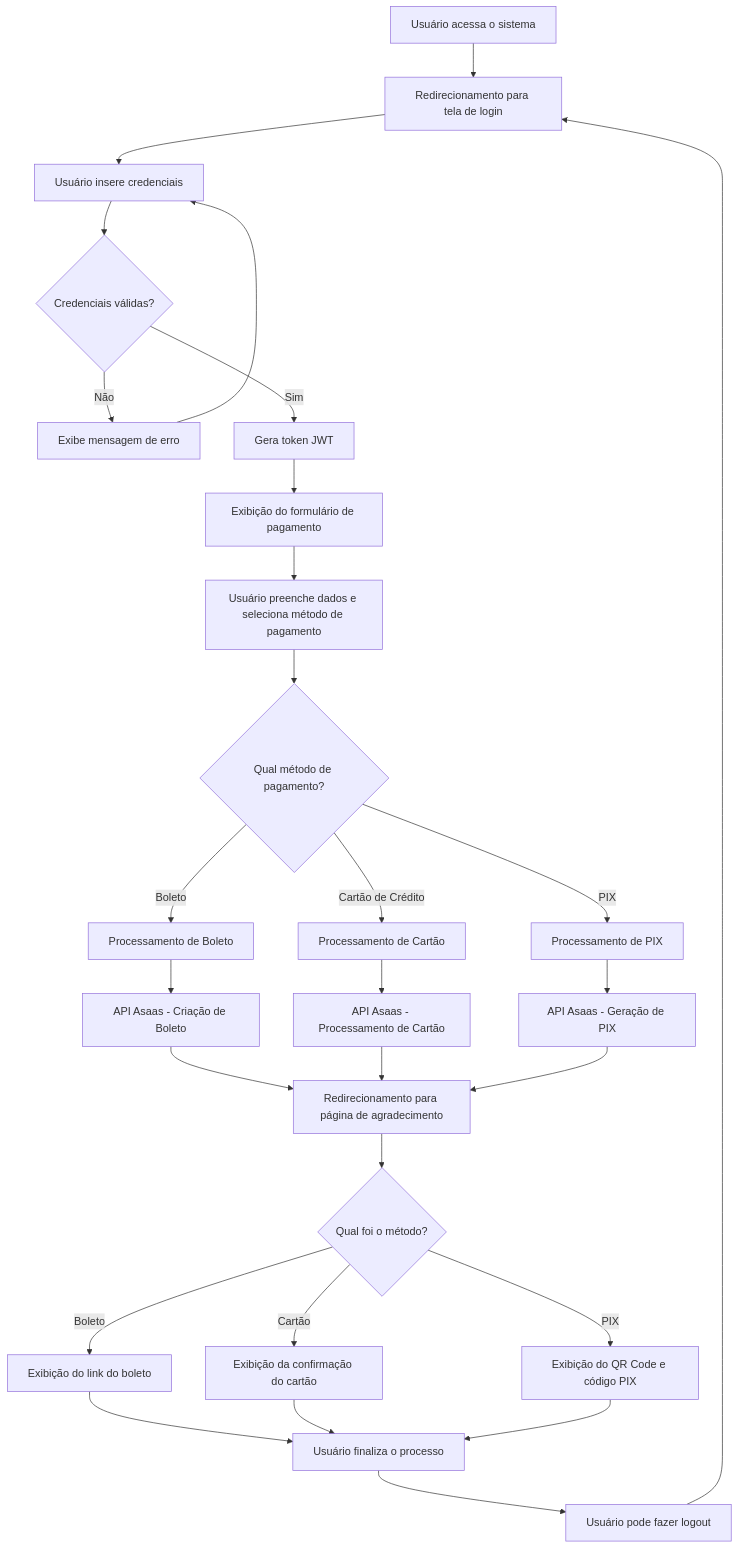
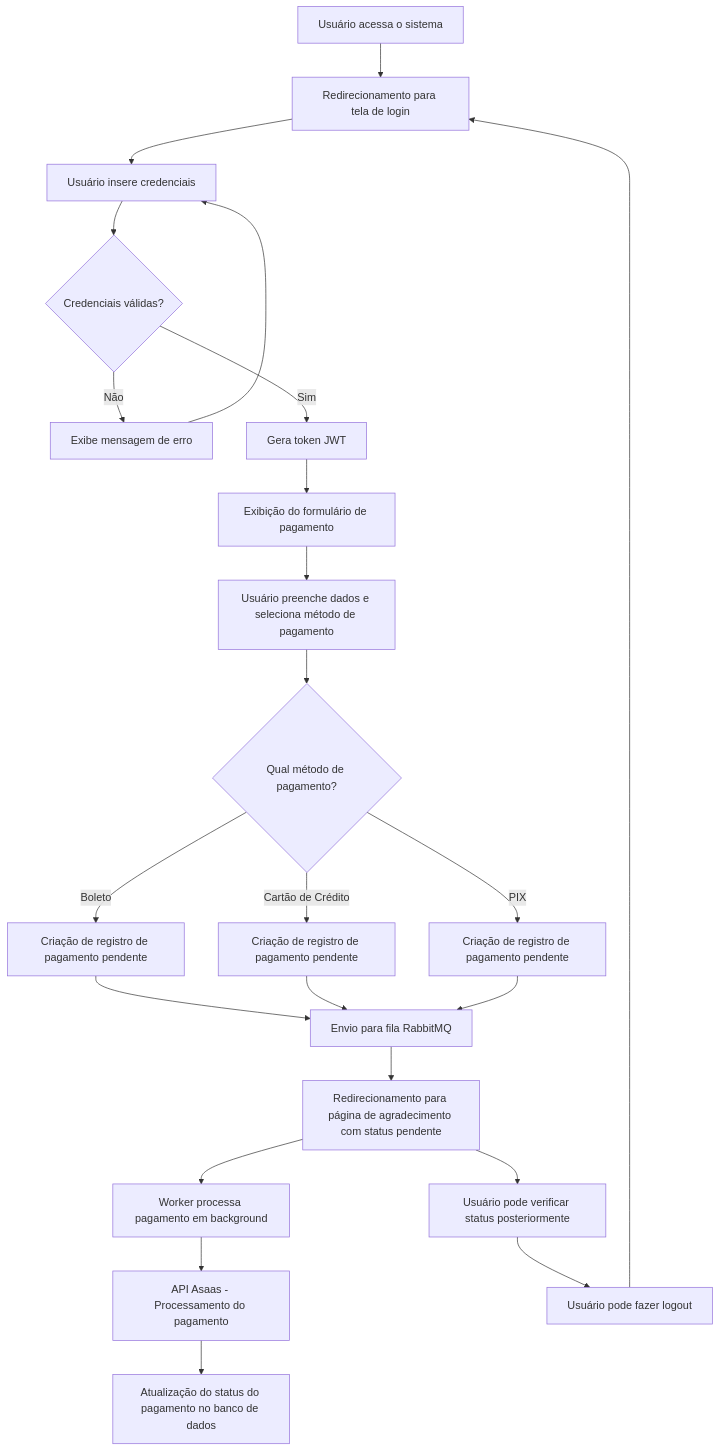
Before and after one commit to andreabreu76/payment-asaas: the first of 2 diagrams in README.md, drawn with Mermaid. The commit also changed other lines of this file and 8 other files, not shown here.

````diff
--- a/README.md
+++ b/README.md
@@ -49,36 +49,30 @@
 ```mermaid
 flowchart TD
     A[Usuário acessa o sistema] --> AA[Redirecionamento para tela de login]
     AA --> AB[Usuário insere credenciais]
     AB --> AC{Credenciais válidas?}
     AC -->|Não| AD[Exibe mensagem de erro]
     AD --> AB
     AC -->|Sim| AE[Gera token JWT]
     AE --> B[Exibição do formulário de pagamento]
 
     B --> C[Usuário preenche dados e seleciona método de pagamento]
     C --> D{Qual método de pagamento?}
-    D -->|Boleto| E1[Processamento de Boleto]
-    D -->|Cartão de Crédito| E2[Processamento de Cartão]
-    D -->|PIX| E3[Processamento de PIX]
+    D -->|Boleto| E1[Criação de registro de pagamento pendente]
+    D -->|Cartão de Crédito| E2[Criação de registro de pagamento pendente]
+    D -->|PIX| E3[Criação de registro de pagamento pendente]
 
-    E1 --> F1[API Asaas - Criação de Boleto]
-    E2 --> F2[API Asaas - Processamento de Cartão]
-    E3 --> F3[API Asaas - Geração de PIX]
+    E1 --> F1[Envio para fila RabbitMQ]
+    E2 --> F1
+    E3 --> F1
 
-    F1 --> G[Redirecionamento para página de agradecimento]
-    F2 --> G
-    F3 --> G
+    F1 --> G[Redirecionamento para página de agradecimento com status pendente]
 
-    G --> H{Qual foi o método?}
-    H -->|Boleto| I1[Exibição do link do boleto]
-    H -->|Cartão| I2[Exibição da confirmação do cartão]
-    H -->|PIX| I3[Exibição do QR Code e código PIX]
+    G --> H[Worker processa pagamento em background]
+    H --> I[API Asaas - Processamento do pagamento]
+    I --> J[Atualização do status do pagamento no banco de dados]
 
-    I1 --> J[Usuário finaliza o processo]
-    I2 --> J
-    I3 --> J
-
-    J --> K[Usuário pode fazer logout]
-    K --> AA
+    G --> K[Usuário pode verificar status posteriormente]
+    K --> L[Usuário pode fazer logout]
+    L --> AA
 ```
````
